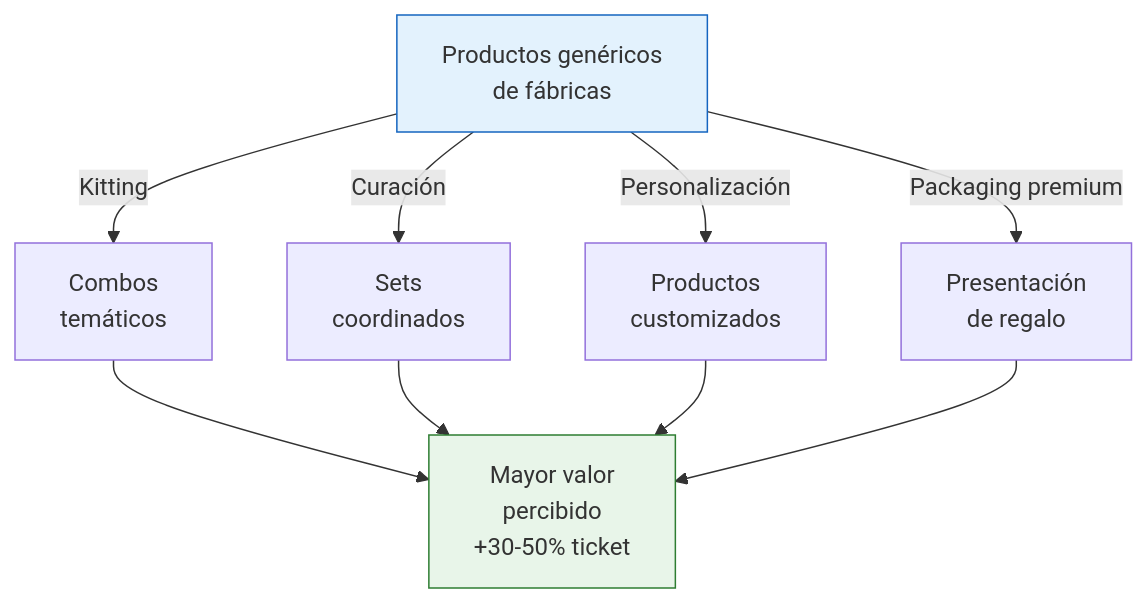
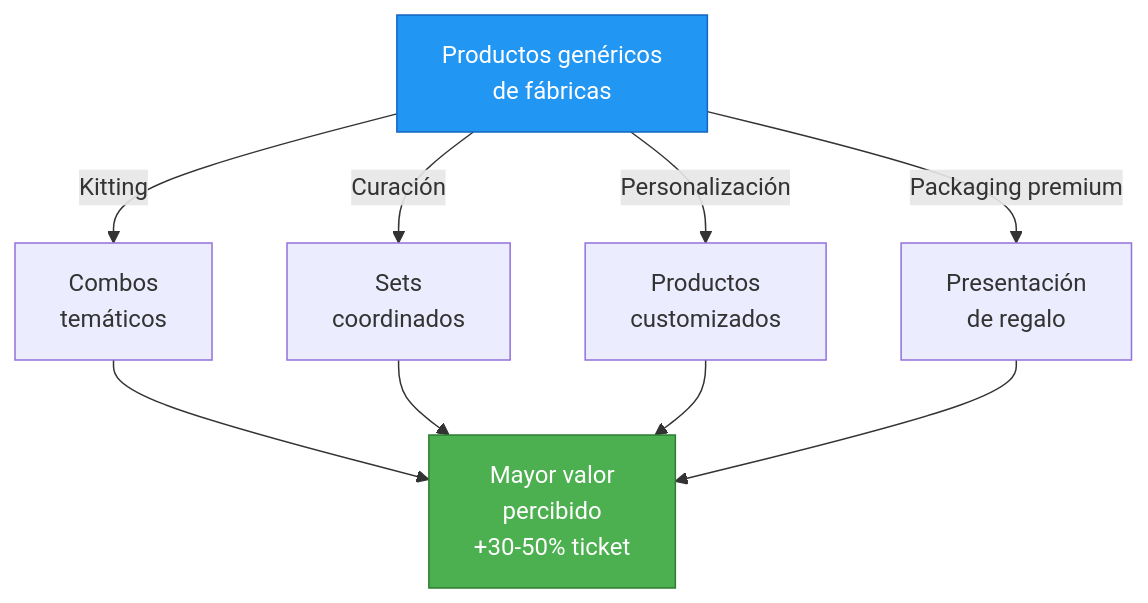
One commit to barrosignacioezequiel-coder/docs changed the diagram in app/paso1-argentina/empezar-de-cero/servicios-complementarios.mdx. Above: the diagram before and after it, drawn with Mermaid. The commit also changed 66 other files, not shown here.

First line of the commit message:
fix: resolve Mermaid v11 numbered list errors + improve contrast

````diff
--- a/app/paso1-argentina/empezar-de-cero/servicios-complementarios.mdx
+++ b/app/paso1-argentina/empezar-de-cero/servicios-complementarios.mdx
@@ -22,15 +22,15 @@
 ```mermaid
 graph TD
     A["Productos genéricos<br/>de fábricas"] -->|"Kitting"| B["Combos<br/>temáticos"]
     A -->|"Curación"| C["Sets<br/>coordinados"]
     A -->|"Personalización"| D["Productos<br/>customizados"]
     A -->|"Packaging premium"| E["Presentación<br/>de regalo"]
 
     B --> F["Mayor valor<br/>percibido<br/>+30-50% ticket"]
     C --> F
     D --> F
     E --> F
 
-    style A fill:#e3f2fd,stroke:#1565c0
-    style F fill:#e8f5e9,stroke:#2e7d32
+    style A fill:#2196f3,stroke:#1565c0,color:#fff
+    style F fill:#4caf50,stroke:#2e7d32,color:#fff
 ```
````
